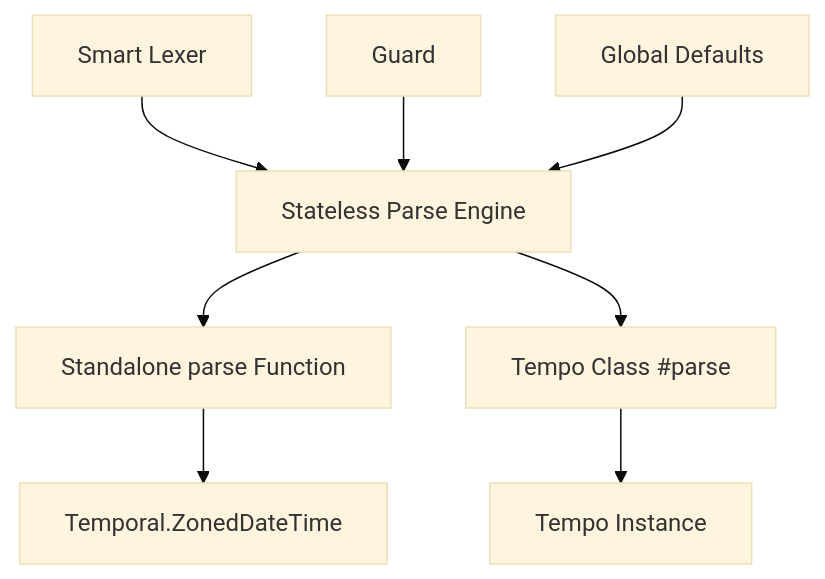
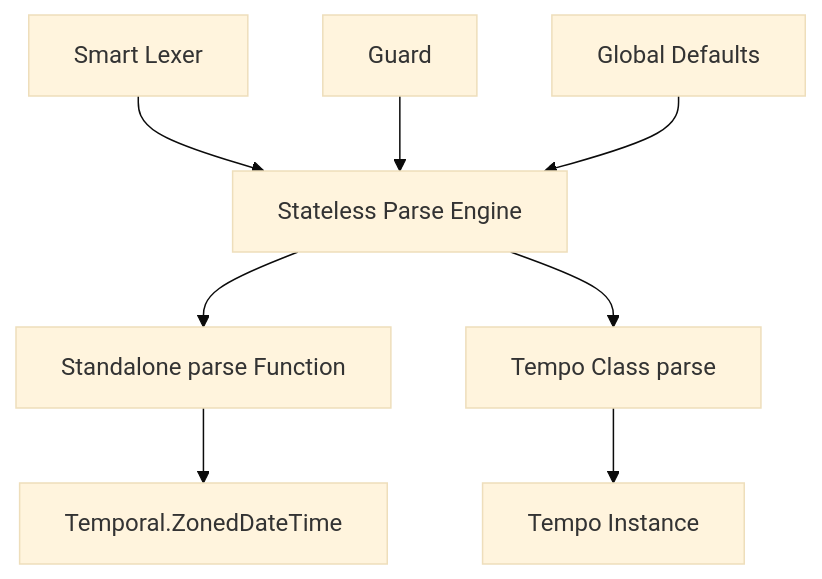
Before and after one commit to magmacomputing/magma: the diagram in packages/tempo/plan/standalone_parse.md, drawn with Mermaid (base theme). The commit also changed other lines of this file and 17 other files, not shown here.

````diff
--- a/packages/tempo/plan/standalone_parse.md
+++ b/packages/tempo/plan/standalone_parse.md
@@ -41,10 +41,10 @@
 ```mermaid
 graph TD
     A[Smart Lexer] --> B[Stateless Parse Engine]
     B --> C[Standalone parse Function]
-    B --> D[Tempo Class #parse]
+    B --> D[Tempo Class parse]
     C --> E[Temporal.ZonedDateTime]
     D --> F[Tempo Instance]
     G[Guard] --> B
     H[Global Defaults] --> B
 ```
````
